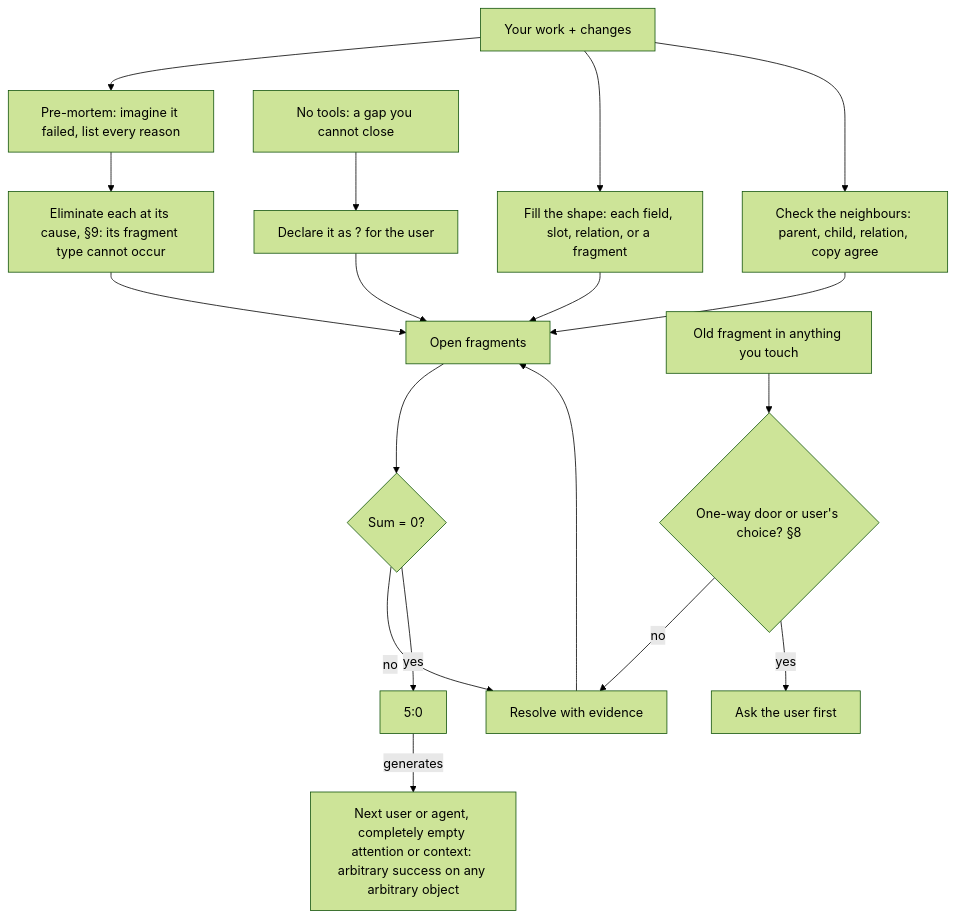
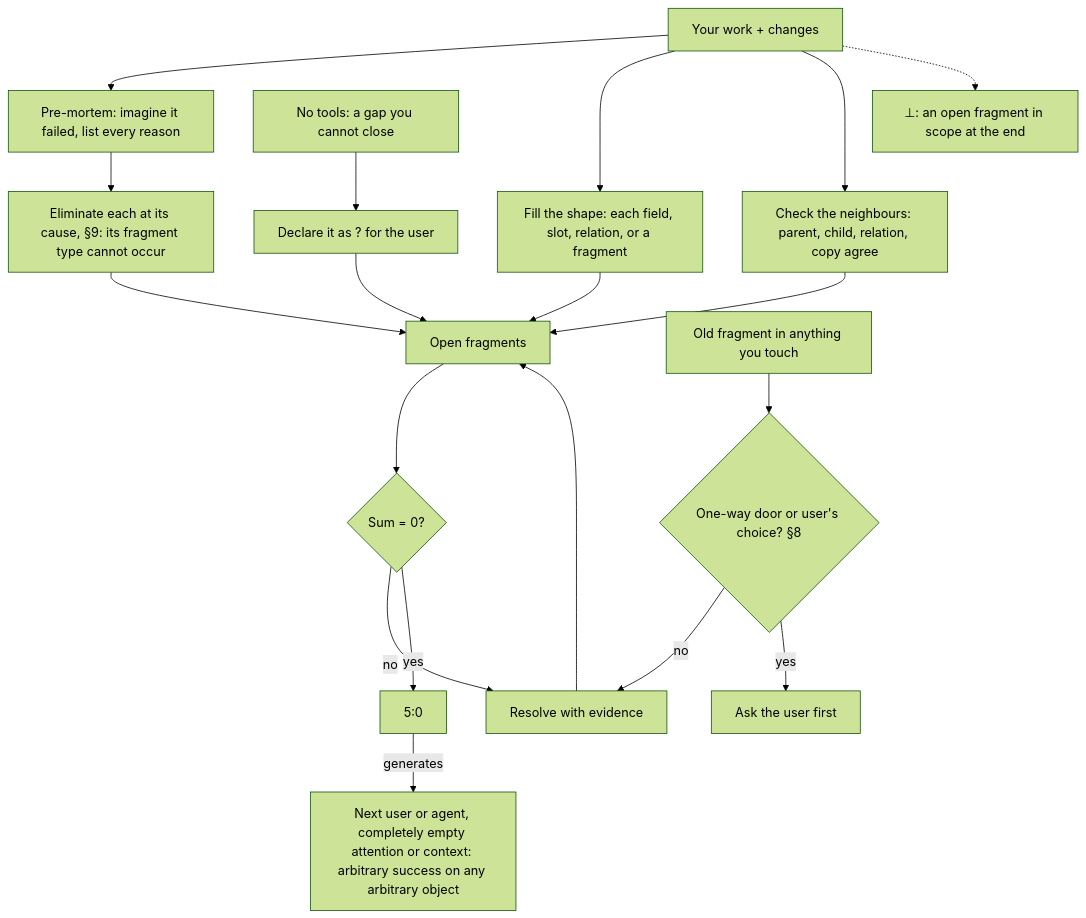
The second of 14 diagrams in AGENTS.md (SolenixAI/arbiter), drawn with Mermaid (forest theme) before and after one commit. The commit also changed other lines of this file, not shown here.

````diff
--- a/AGENTS.md
+++ b/AGENTS.md
@@ -99,12 +105,13 @@
 ```mermaid
 flowchart TD
   W[Your work + changes] --> PM[Pre-mortem: imagine it failed, list every reason] --> P[Eliminate each at its cause, §9: its fragment type cannot occur] --> L[Open fragments] --> C{Sum = 0?}
   C -->|no| F[Resolve with evidence] --> L
   W --> SH[Fill the shape: each field, slot, relation, or a fragment] --> L
   W --> NB[Check the neighbours: parent, child, relation, copy agree] --> L
   C -->|yes| D[5:0] -->|generates| NX["Next user or agent, completely empty attention or context: arbitrary success on any arbitrary object"]
   O[Old fragment in anything you touch] --> OW{One-way door or user's choice? §8}
   OW -->|no| F
   OW -->|yes| UA[Ask the user first]
   NT[No tools: a gap you cannot close] --> X["Declare it as ? for the user"] --> L
+  W -.-> BOT["⊥: an open fragment in scope at the end"]
 ```
````
